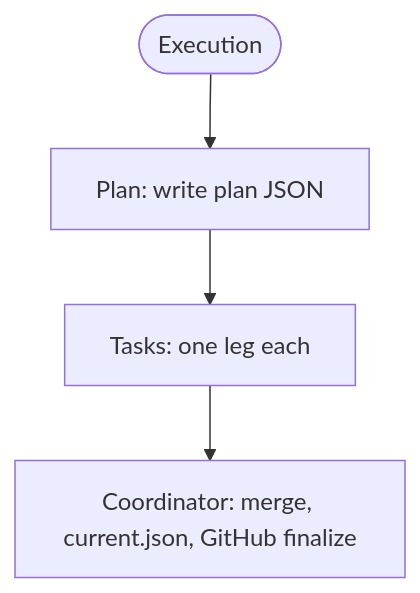
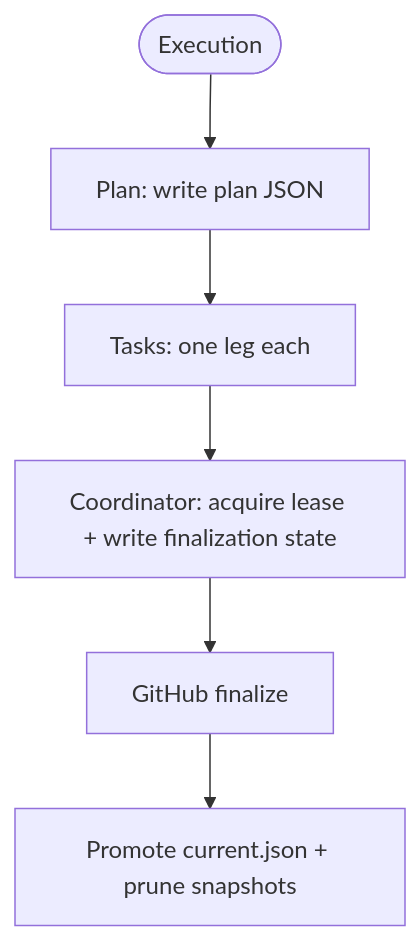
One commit to klugman-yanai/bmt-gate-sandbox changed the second of 2 diagrams in docs/architecture.md. Above: the diagram before and after it, drawn with Mermaid. The commit also changed other lines of this file and 72 other files, not shown here.

````diff
--- a/docs/architecture.md
+++ b/docs/architecture.md
@@ -47,6 +51,8 @@
 ```mermaid
 flowchart TD
     ENTRY([Execution]) --> PLAN[Plan: write plan JSON]
     PLAN --> TASKS[Tasks: one leg each]
-    TASKS --> COORD[Coordinator: merge, current.json, GitHub finalize]
+    TASKS --> COORD[Coordinator: acquire lease + write finalization state]
+    COORD --> GITHUB[GitHub finalize]
+    GITHUB --> PROMOTE[Promote current.json + prune snapshots]
 ```
````
